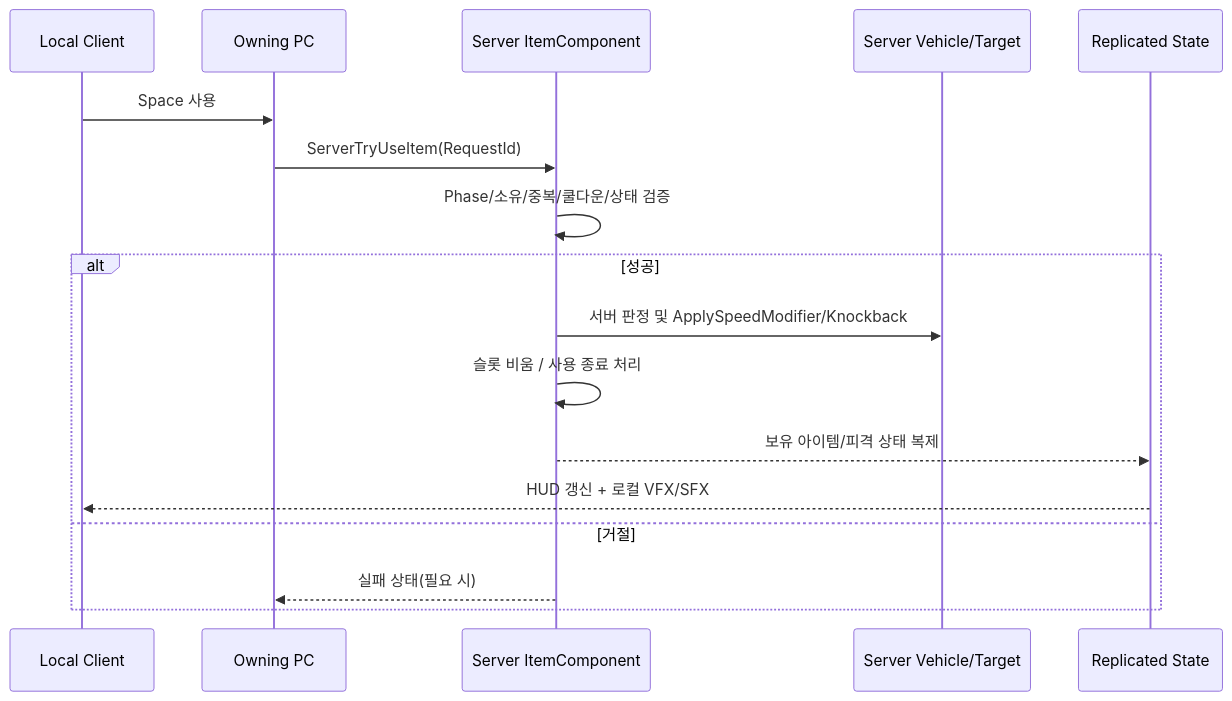
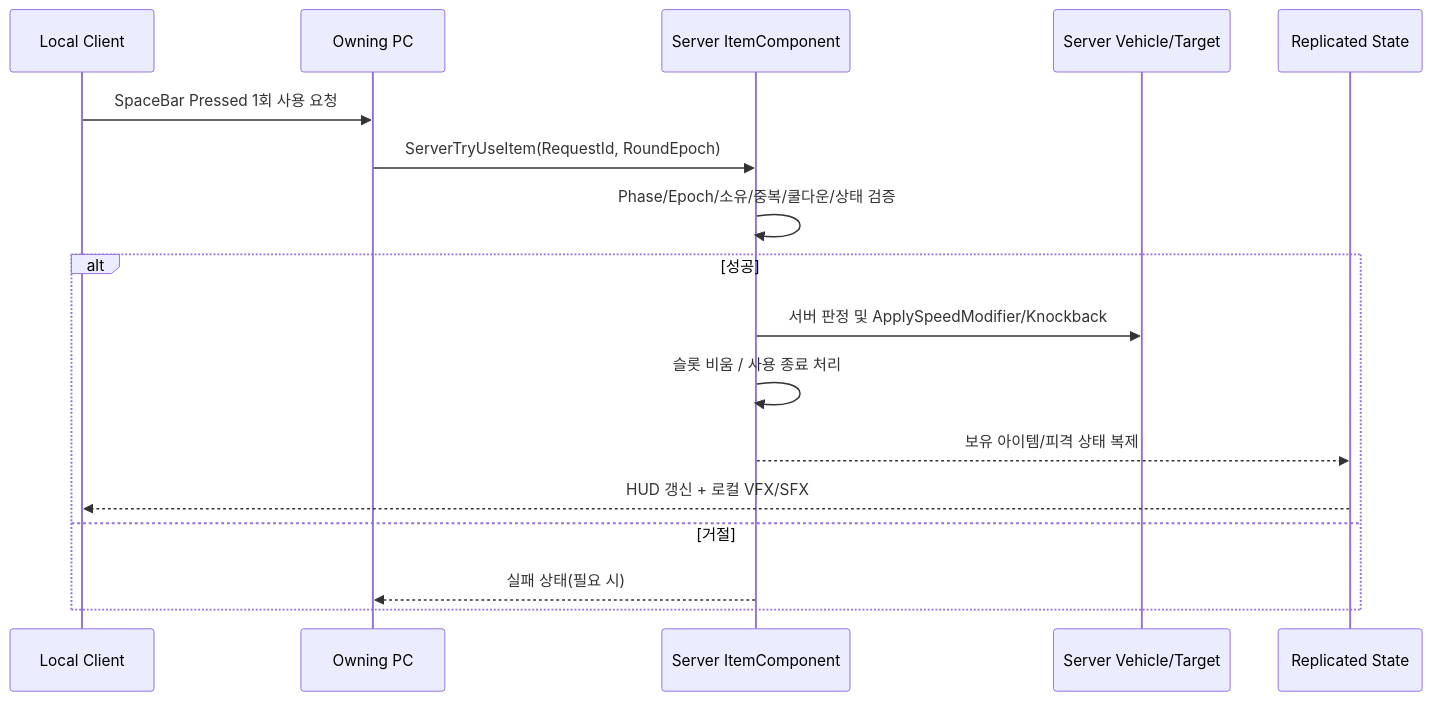
One commit to kevin6091/ProjectMW changed the second of 2 diagrams in Docs/Shared/Client,Server/MakeWay_클라이언트_개발명세서_v1.0.md. Above: the diagram before and after it, drawn with Mermaid. The commit also changed other lines of this file and 26 other files, not shown here.

````diff
--- a/Docs/Shared/Client,Server/MakeWay_클라이언트_개발명세서_v1.0.md
+++ b/Docs/Shared/Client,Server/MakeWay_클라이언트_개발명세서_v1.0.md
@@ -338,19 +355,19 @@
 ```mermaid
 sequenceDiagram
   participant C as Local Client
   participant PC as Owning PC
   participant S as Server ItemComponent
   participant V as Server Vehicle/Target
   participant R as Replicated State
-  C->>PC: Space 사용
-  PC->>S: ServerTryUseItem(RequestId)
-  S->>S: Phase/소유/중복/쿨다운/상태 검증
+  C->>PC: SpaceBar Pressed 1회 사용 요청
+  PC->>S: ServerTryUseItem(RequestId, RoundEpoch)
+  S->>S: Phase/Epoch/소유/중복/쿨다운/상태 검증
   alt 성공
     S->>V: 서버 판정 및 ApplySpeedModifier/Knockback
     S->>S: 슬롯 비움 / 사용 종료 처리
     S-->>R: 보유 아이템/피격 상태 복제
     R-->>C: HUD 갱신 + 로컬 VFX/SFX
   else 거절
     S-->>PC: 실패 상태(필요 시)
   end
 ```
````
